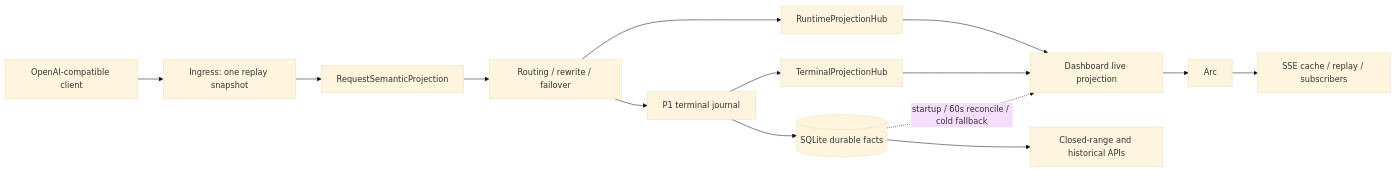
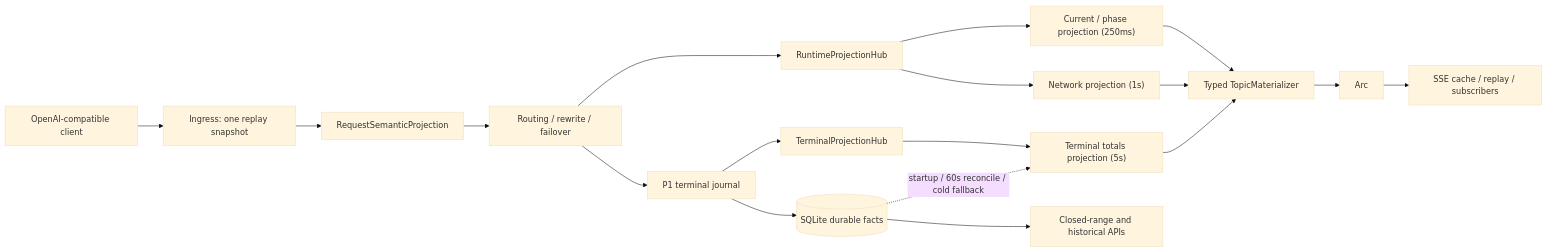
Before and after one commit to IvanLi-CN/codex-vibe-monitor: the diagram in docs/system-design.md, drawn with Mermaid (base theme). The commit also changed other lines of this file and 5 other files, not shown here.

Commit message:
docs(architecture): define dashboard runtime delivery boundary

````diff
--- a/docs/system-design.md
+++ b/docs/system-design.md
@@ -7,16 +7,20 @@
 ```mermaid
 flowchart LR
     Client["OpenAI-compatible client"] --> Ingress["Ingress: one replay snapshot"]
     Ingress --> Semantics["RequestSemanticProjection"]
     Semantics --> Upstream["Routing / rewrite / failover"]
     Upstream --> Runtime["RuntimeProjectionHub"]
     Upstream --> Journal["P1 terminal journal"]
     Journal --> SQLite[(SQLite durable facts)]
     Journal --> Terminal["TerminalProjectionHub"]
-    Runtime --> Dashboard["Dashboard live projection"]
-    Terminal --> Dashboard
-    Dashboard --> Frame["Arc<SerializedTopicFrame>"]
+    Runtime --> Current["Current / phase projection (250ms)"]
+    Runtime --> Network["Network projection (1s)"]
+    Terminal --> Totals["Terminal totals projection (5s)"]
+    Current --> Materializer["Typed TopicMaterializer"]
+    Network --> Materializer
+    Totals --> Materializer
+    Materializer --> Frame["Arc<SerializedTopicFrame>"]
     Frame --> SSE["SSE cache / replay / subscribers"]
-    SQLite -. "startup / 60s reconcile / cold fallback" .-> Dashboard
+    SQLite -. "startup / 60s reconcile / cold fallback" .-> Totals
     SQLite --> Historical["Closed-range and historical APIs"]
 ```
````
